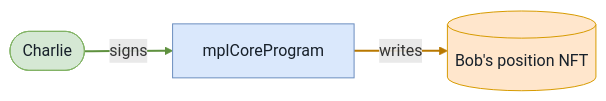
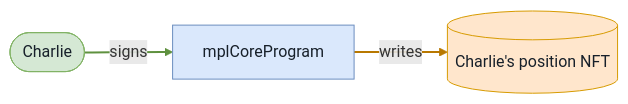
One commit to cds-turbin3/vesting-position changed diagram 29 of 36 in md-reports-babelfish/full_lifecycle.md. Above: the diagram before and after it, drawn with Mermaid. The commit also changed other lines of this file and 62 other files, not shown here.

````diff
--- a/md-reports-babelfish/full_lifecycle.md
+++ b/md-reports-babelfish/full_lifecycle.md
@@ -1195,13 +1195,13 @@
 ```mermaid
 flowchart LR
     mplCoreProgram["mplCoreProgram"]:::program
-    BobspositionNFT[("Bob's position NFT")]:::state
+    CharliespositionNFT[("Charlie's position NFT")]:::state
     Charlie(["Charlie"]):::signer
-    mplCoreProgram -->|writes| BobspositionNFT
+    mplCoreProgram -->|writes| CharliespositionNFT
     Charlie -->|signs| mplCoreProgram
     classDef program fill:#dae8fc,stroke:#6c8ebf,color:#17202a;
     classDef signer fill:#d5e8d4,stroke:#82b366,color:#17202a;
     classDef state fill:#ffe6cc,stroke:#d79b00,color:#17202a;
     linkStyle 0 stroke:#b87800,stroke-width:2px
     linkStyle 1 stroke:#5f913f,stroke-width:2px
 ```
````
